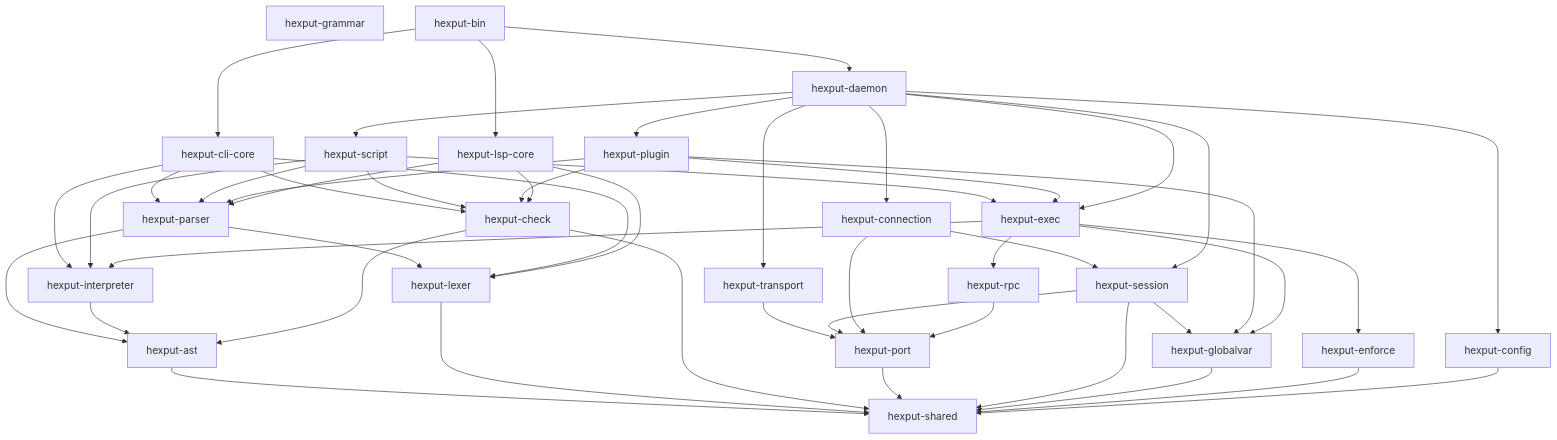
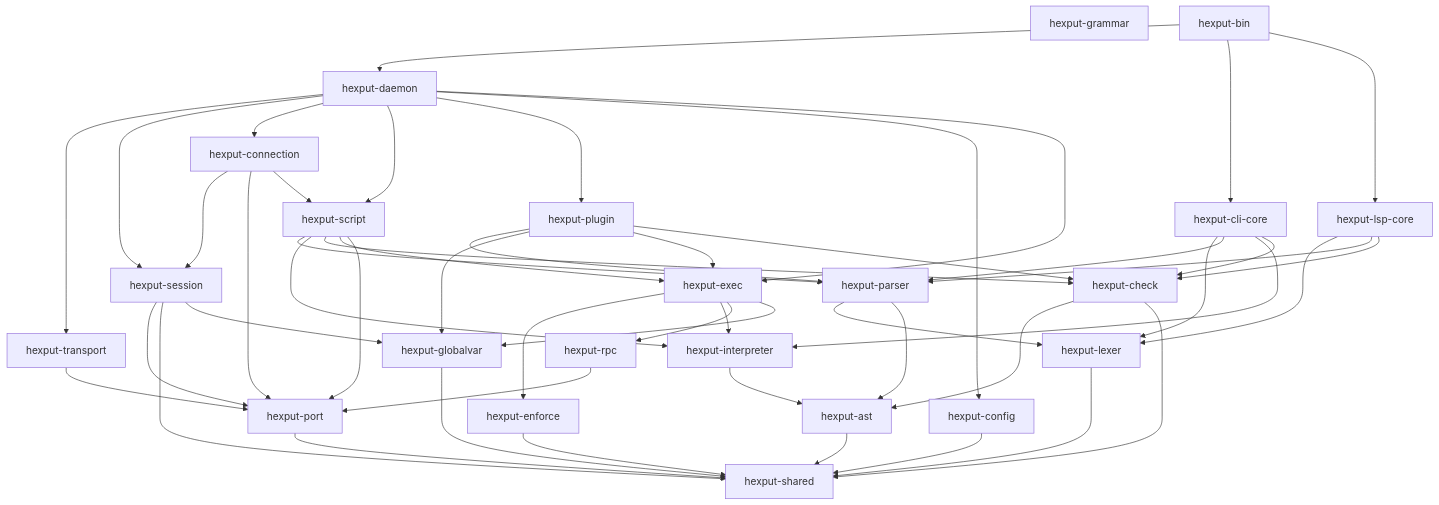
Before and after one commit to hexput/hexput: the second of 3 diagrams in _bmad-output/planning-artifacts/architecture/architecture-hexput-2026-09-18/ARCHITECTURE-SPINE.md, drawn with Mermaid. The commit also changed other lines of this file and 25 other files, not shown here.

````diff
--- a/_bmad-output/planning-artifacts/architecture/architecture-hexput-2026-09-18/ARCHITECTURE-SPINE.md
+++ b/_bmad-output/planning-artifacts/architecture/architecture-hexput-2026-09-18/ARCHITECTURE-SPINE.md
@@ -201,57 +201,59 @@
 ```mermaid
 graph TD
   shared[hexput-shared]
 
   ast[hexput-ast] --> shared
   lexer[hexput-lexer] --> shared
   parser[hexput-parser] --> lexer
   parser --> ast
   interp[hexput-interpreter] --> ast
   check[hexput-check] --> ast
   check --> shared
   clicore[hexput-cli-core] --> lexer
   clicore --> parser
   clicore --> interp
   clicore --> check
 
   transport[hexput-transport] --> port[hexput-port]
   port --> shared
   session[hexput-session] --> port
   session --> shared
   conn[hexput-connection] --> session
   conn --> port
+  conn --> script
   session --> globalvar
   script[hexput-script] --> parser
   script --> interp
   script --> check
   script --> exec[hexput-exec]
+  script --> port
   plugin[hexput-plugin] --> parser
   plugin --> globalvar[hexput-globalvar]
   plugin --> exec
   plugin --> check
   globalvar --> shared
   exec --> enforce[hexput-enforce]
   exec --> interp
   exec --> rpc[hexput-rpc]
   exec --> globalvar
   enforce --> shared
   rpc --> port
   config[hexput-config] --> shared
 
   daemon[hexput-daemon] --> transport
   daemon --> session
   daemon --> conn
   daemon --> script
   daemon --> plugin
   daemon --> config
   daemon --> exec
 
   grammar[hexput-grammar]
   lspcore[hexput-lsp-core] --> lexer
   lspcore --> parser
   lspcore --> check
 
   bin[hexput-bin] --> daemon
   bin --> clicore
   bin --> lspcore
 ```
````
